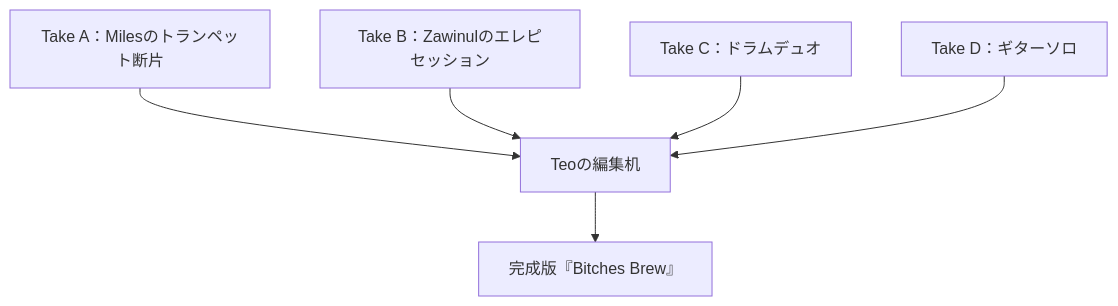
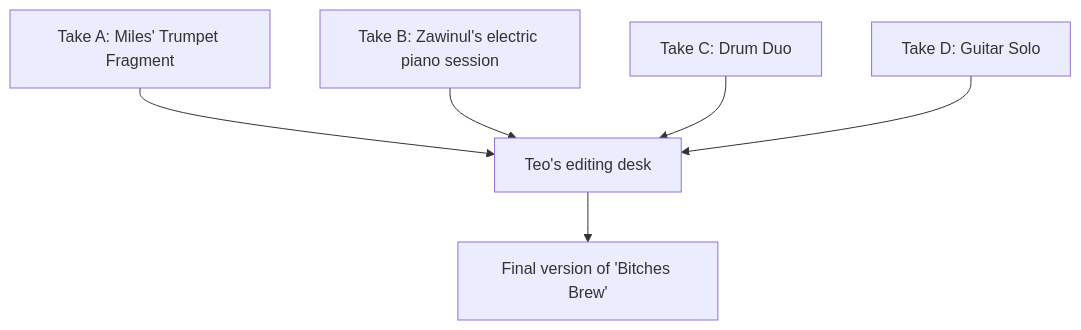
The second of 12 diagrams in en/_posts/2025-10-28-column-macero-miles.md (monumental-movement/monumental-movement.github.io), drawn with Mermaid before and after one commit. The commit also changed other lines of this file and 1719 other files, not shown here.

```diff
--- a/en/_posts/2025-10-28-column-macero-miles.md
+++ b/en/_posts/2025-10-28-column-macero-miles.md
@@ -91,16 +97,16 @@
 <div class="mermaid">
 
 graph TD
-    T1["Take A：Milesのトランペット断片"]
-    T2["Take B：Zawinulのエレピセッション"]
-    T3["Take C：ドラムデュオ"]
-    T4["Take D：ギターソロ"]
-    E["Teoの編集机"]
-    F["完成版『Bitches Brew』"]
-    T1 --> E
-    T2 --> E
-    T3 --> E
-    T4 --> E
-    E --> F
+T1["Take A: Miles' Trumpet Fragment"]
+T2["Take B: Zawinul's electric piano session"]
+T3["Take C: Drum Duo"]
+T4["Take D: Guitar Solo"]
+E["Teo's editing desk"]
+F["Final version of 'Bitches Brew'"]
+T1 --> E
+T2 --> E
+T3 --> E
+T4 --> E
+E --> F
 
 </div>
```
